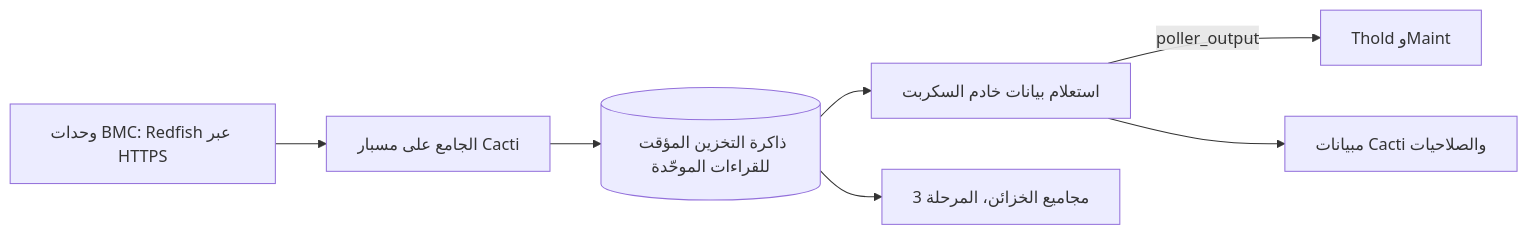
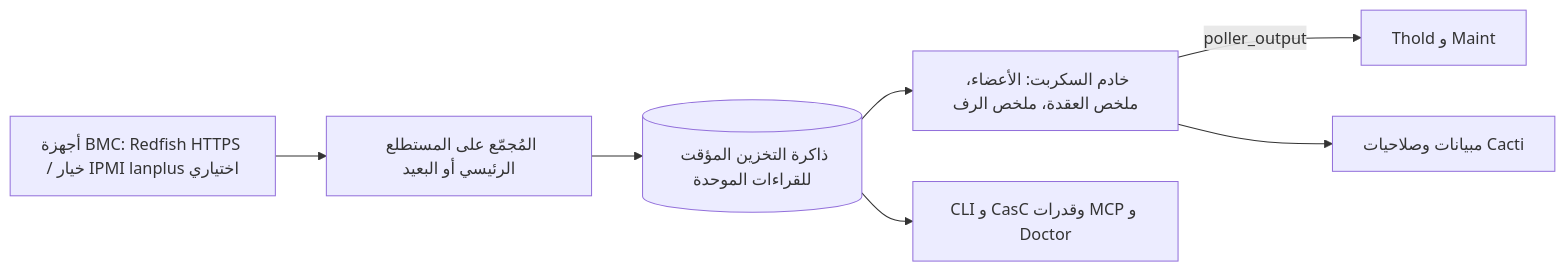
The diagram in docs/i18n/ar-MA/README.md (somethingwithproof/plugin_redfish), drawn with Mermaid before and after one commit. The commit also changed other lines of this file and 47 other files, not shown here.

````diff
--- a/docs/i18n/ar-MA/README.md
+++ b/docs/i18n/ar-MA/README.md
@@ -90,9 +140,9 @@
 ```mermaid
 flowchart LR
-    BMC["وحدات BMC: Redfish عبر HTTPS"] --> C["الجامع على مسبار Cacti"]
-    C --> CACHE[("ذاكرة التخزين المؤقت للقراءات الموحّدة")]
-    CACHE --> SS["استعلام بيانات خادم السكربت"]
-    SS -->|poller_output| T["Thold وMaint"]
-    SS --> G["مبيانات Cacti والصلاحيات"]
-    CACHE --> R["مجاميع الخزائن، المرحلة 3"]
+    BMC["أجهزة BMC: Redfish HTTPS / خيار IPMI lanplus اختياري"] --> C["المُجمّع على المستطلع الرئيسي أو البعيد"]
+    C --> CACHE[("ذاكرة التخزين المؤقت للقراءات الموحدة")]
+    CACHE --> SS["خادم السكربت: الأعضاء، ملخص العقدة، ملخص الرف"]
+    SS -->|poller_output| T["Thold و Maint"]
+    SS --> G["مبيانات وصلاحيات Cacti"]
+    CACHE --> ECO["CLI و CasC وقدرات MCP و Doctor"]
 ```
````
